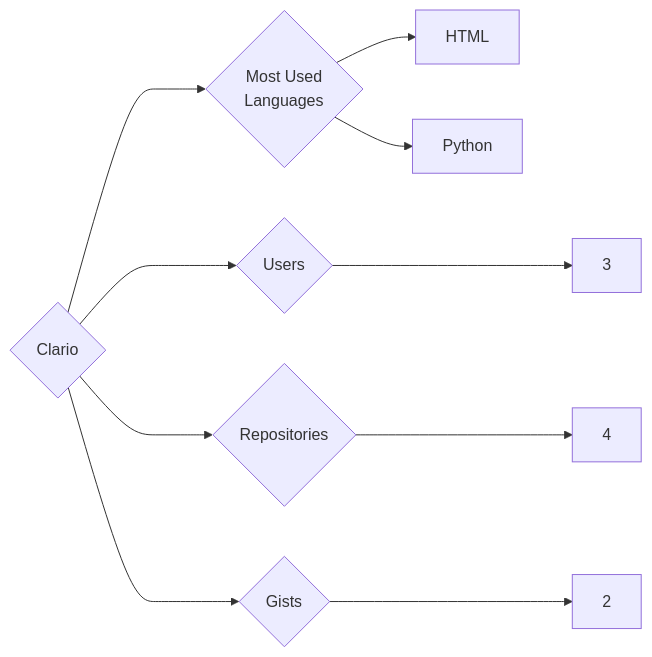
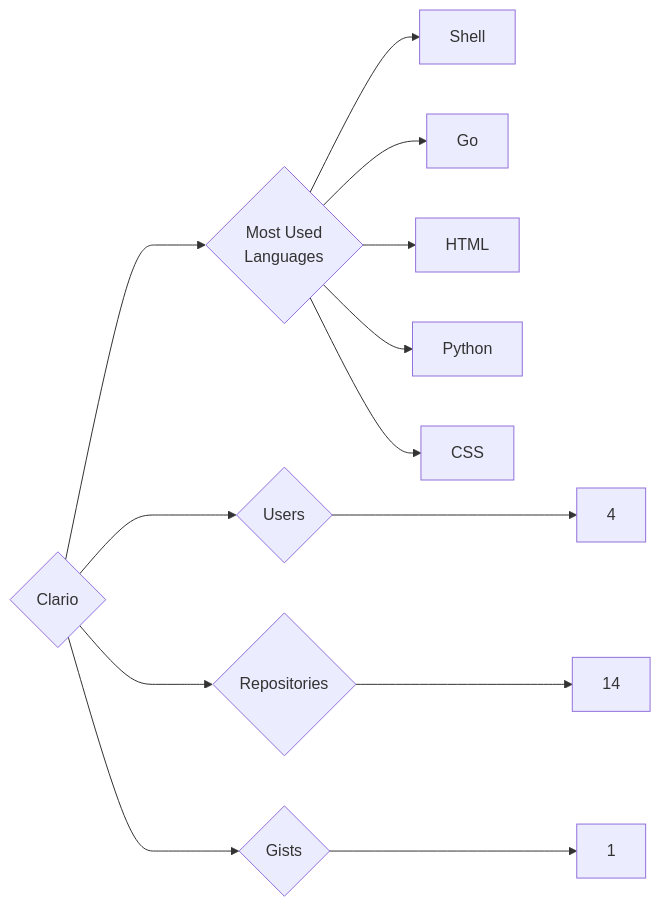
The diagram in targets/Clario/README.md (trickest/insiders), drawn with Mermaid before and after one commit. The commit also changed 1195 other files, not shown here.

````diff
--- a/targets/Clario/README.md
+++ b/targets/Clario/README.md
@@ -3,10 +3,13 @@
 ```mermaid
 graph LR
 COMPANY_NAME{Clario}
-COMPANY_NAME ---> U{Users} ---> UN[3]
-COMPANY_NAME ---> R{Repositories} ---> RN[4]
-COMPANY_NAME ---> G{Gists} ---> GN[2]
+COMPANY_NAME ---> U{Users} ---> UN[4]
+COMPANY_NAME ---> R{Repositories} ---> RN[14]
+COMPANY_NAME ---> G{Gists} ---> GN[1]
 COMPANY_NAME ---> ML{Most Used<br>Languages}
+ML --> Shell[Shell]
+ML --> Go[Go]
 ML --> HTML[HTML]
 ML --> Python[Python]
+ML --> CSS[CSS]
 ```
````
